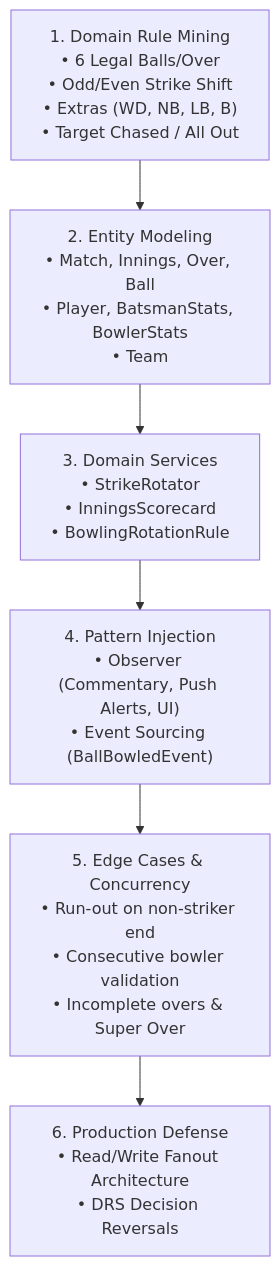
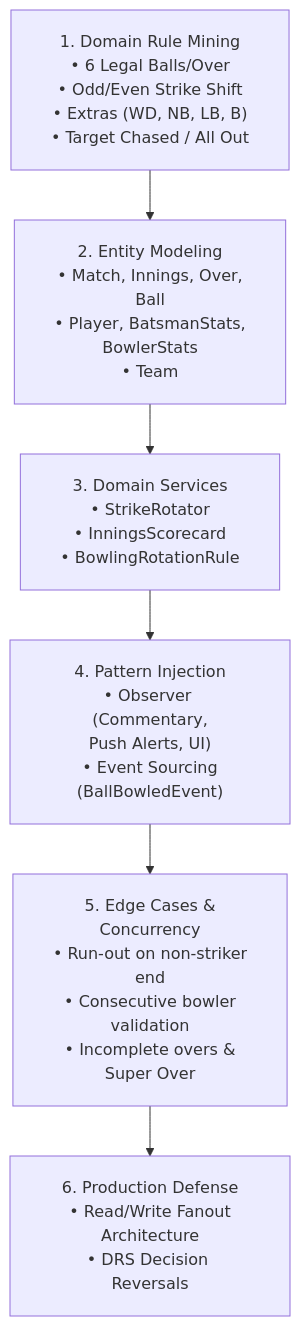
The first of 2 diagrams in LLD/02_Tier2_Classic_LLD/24_Cricbuzz_Cricket_Scoreboard.md (dip4k/DSA_102), drawn with Mermaid before and after one commit. The commit also changed 108 other files, not shown here.

First line of the commit message:
fix(mermaid): resolve diagram clipping, padding, and syntax issues across repo

````diff
--- a/LLD/02_Tier2_Classic_LLD/24_Cricbuzz_Cricket_Scoreboard.md
+++ b/LLD/02_Tier2_Classic_LLD/24_Cricbuzz_Cricket_Scoreboard.md
@@ -23,8 +23,9 @@
 ```mermaid
+%%{init: {"flowchart": {"htmlLabels": true, "padding": 20}}}%%
 flowchart TD
-    A["1. Domain Rule Mining<br/>• 6 Legal Balls/Over<br/>• Odd/Even Strike Shift<br/>• Extras (WD, NB, LB, B)<br/>• Target Chased / All Out"] --> B["2. Entity Modeling<br/>• Match, Innings, Over, Ball<br/>• Player, BatsmanStats, BowlerStats<br/>• Team"]
+    A["1. Domain Rule Mining<br/>• 6 Legal Balls/Over<br/>• Odd/Even Strike Shift<br/>• Extras (WD, NB, LB, B)<br/>• Target Chased / All Out"] --> B["2. Entity Modeling<br/>• Match, Innings, Over,<br/>Ball<br/>• Player, BatsmanStats,<br/>BowlerStats<br/>• Team"]
     B --> C["3. Domain Services<br/>• StrikeRotator<br/>• InningsScorecard<br/>• BowlingRotationRule"]
-    C --> D["4. Pattern Injection<br/>• Observer (Commentary, Push Alerts, UI)<br/>• Event Sourcing (BallBowledEvent)"]
-    D --> E["5. Edge Cases & Concurrency<br/>• Run-out on non-striker end<br/>• Consecutive bowler validation<br/>• Incomplete overs & Super Over"]
-    E --> F["6. Production Defense<br/>• Read/Write Fanout Architecture<br/>• DRS Decision Reversals"]
+    C --> D["4. Pattern Injection<br/>• Observer (Commentary,<br/>Push Alerts, UI)<br/>• Event Sourcing<br/>(BallBowledEvent)"]
+    D --> E["5. Edge Cases &<br/>Concurrency<br/>• Run-out on non-striker<br/>end<br/>• Consecutive bowler<br/>validation<br/>• Incomplete overs &<br/>Super Over"]
+    E --> F["6. Production Defense<br/>• Read/Write Fanout<br/>Architecture<br/>• DRS Decision Reversals"]
 ```
````
